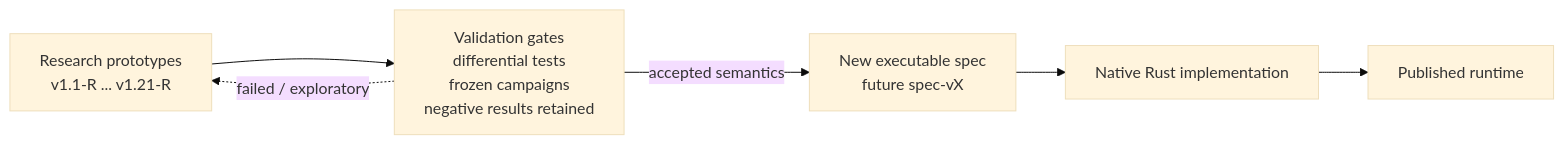
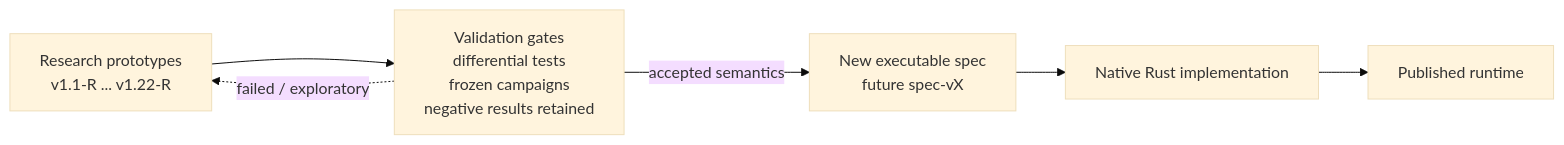
Before and after one commit to ordinaly/cortex: the second of 14 diagrams in docs/ARCHITECTURE.md, drawn with Mermaid (base theme). The commit also changed other lines of this file, not shown here.

Commit message:
Update architecture frontier through v1.22

````diff
--- a/docs/ARCHITECTURE.md
+++ b/docs/ARCHITECTURE.md
@@ -81,15 +81,15 @@
 ```mermaid
 flowchart LR
-    R["Research prototypes<br/>v1.1-R ... v1.21-R"]
+    R["Research prototypes<br/>v1.1-R ... v1.22-R"]
     G["Validation gates<br/>differential tests<br/>frozen campaigns<br/>negative results retained"]
     S["New executable spec<br/>future spec-vX"]
     N["Native Rust implementation"]
     P["Published runtime"]
 
     R --> G
     G -->|"accepted semantics"| S
     S --> N
     N --> P
 
     G -.->|"failed / exploratory"| R
 ```
````
